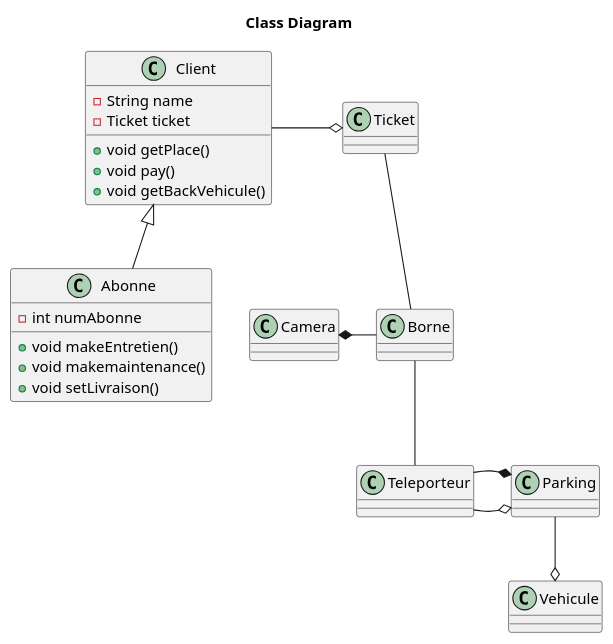
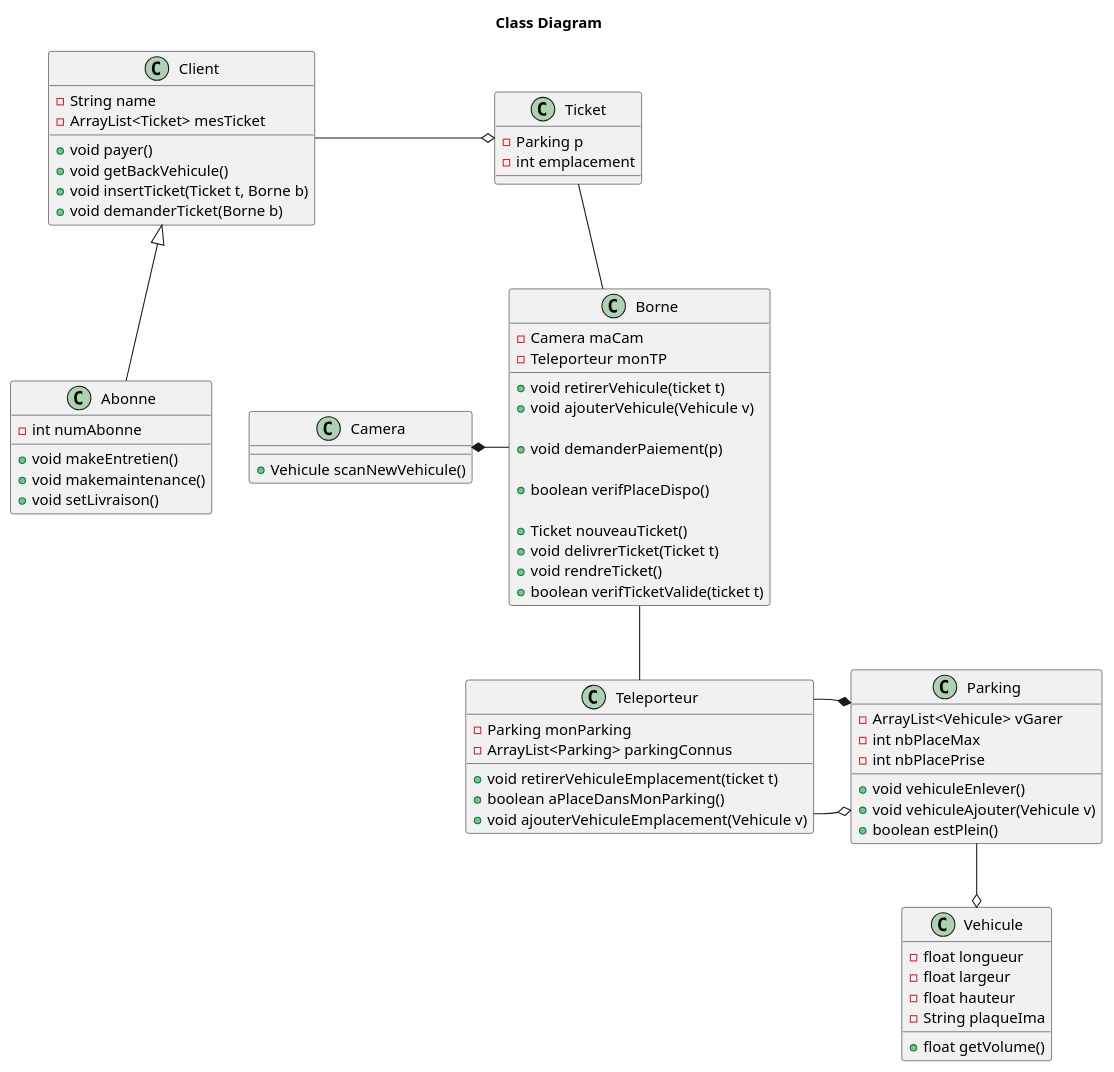
The diagram in Documentation/class.pu (YoannGa/PTUT2018), drawn with PlantUML before and after one commit. The commit also changed 2 other files, not shown here.

```diff
--- a/Documentation/class.pu
+++ b/Documentation/class.pu
@@ -1,55 +1,84 @@
 @startuml
 
 title Class Diagram
 
 
 class Client {
   - String name
-  - Ticket ticket
-  +void getPlace()
-  +void pay()
+  - ArrayList<Ticket> mesTicket
+  +void payer()
   +void getBackVehicule()
+  +void insertTicket(Ticket t, Borne b)
+  + void demanderTicket(Borne b)
 }
 
 class Abonne {
   -int numAbonne
   +void makeEntretien()
   +void makemaintenance()
   +void setLivraison()
 }
 
 class Teleporteur{
-
+  -Parking monParking
+  -ArrayList<Parking> parkingConnus
+  + void retirerVehiculeEmplacement(ticket t)
+  + boolean aPlaceDansMonParking()
+  + void ajouterVehiculeEmplacement(Vehicule v)
 }
 
 class Parking{
-
+  - ArrayList<Vehicule> vGarer
+  - int nbPlaceMax
+  - int nbPlacePrise
+  + void vehiculeEnlever()
+  + void vehiculeAjouter(Vehicule v)
+  + boolean estPlein()
 }
 
 class Borne{
+  -Camera maCam
+  -Teleporteur monTP
+
+  + void retirerVehicule(ticket t)
+  + void ajouterVehicule(Vehicule v)
+
+  + void demanderPaiement(p)
+
+  + boolean verifPlaceDispo()
+
+  + Ticket nouveauTicket()
+  + void delivrerTicket(Ticket t)
+  + void rendreTicket()
+  + boolean verifTicketValide(ticket t)
 
 }
 
 class Camera{
-
+  +Vehicule scanNewVehicule()
 
 }
 
 class Vehicule{
-
+  -float longueur
+  -float largeur
+  -float hauteur
+  -String plaqueIma
+  +float getVolume()
 }
 
 class Ticket{
-
+  -Parking p
+  -int emplacement
 }
 
 Parking --o Vehicule
 Ticket -- Borne
 Client -o Ticket
 Client <|-- Abonne
 Borne -- Teleporteur
 Camera *- Borne
 Teleporteur -o Parking
 Teleporteur -* Parking
 
 @enduml
```
